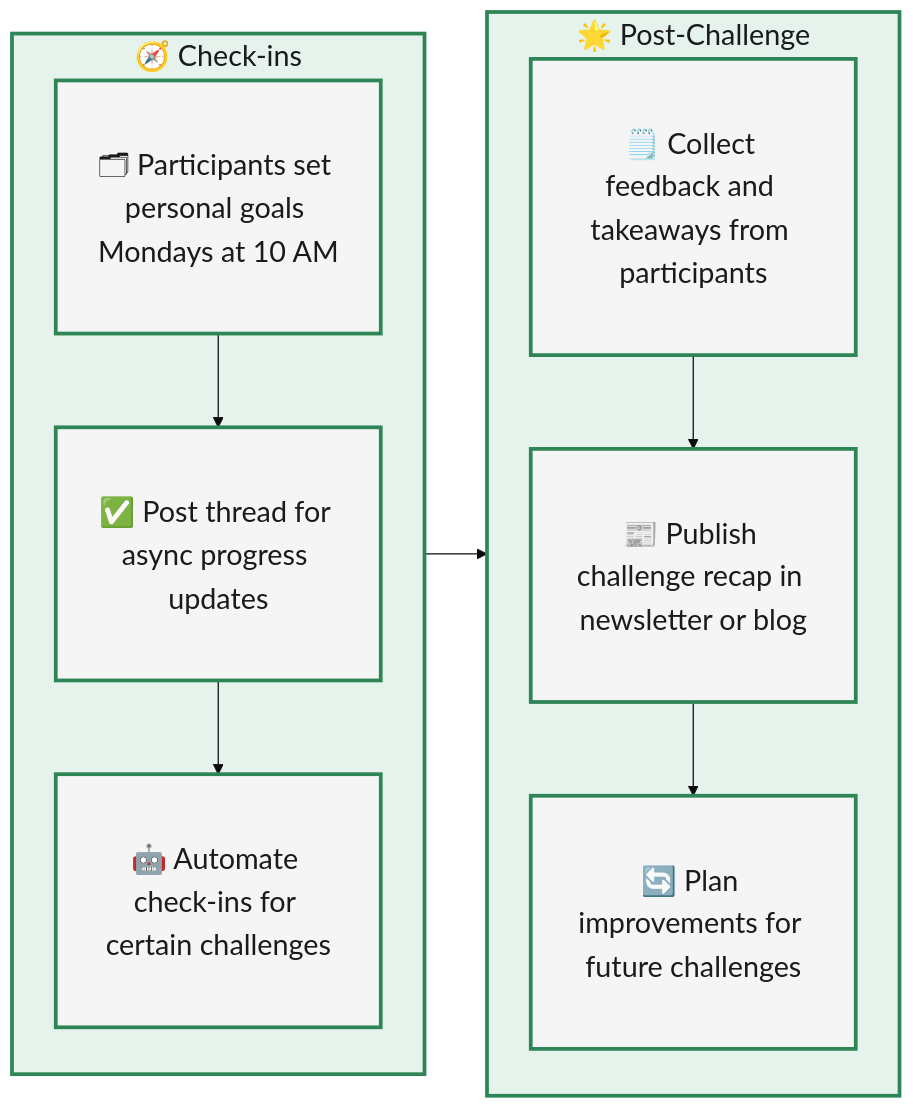
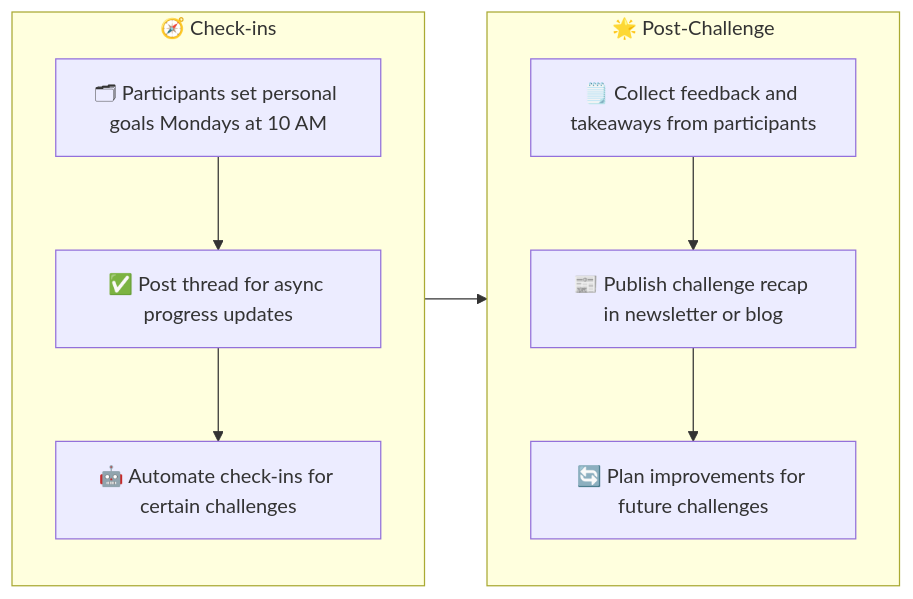
Before and after one commit to CBID2/VC-Community-Docs: the second of 2 diagrams in docs/monthly-challenges/facilitators-docs/facilitate-a-challenge.md, drawn with Mermaid. The commit also changed other lines of this file and 5 other files, not shown here.

First line of the commit message:
Restore React 19 and simplify Mermaid diagrams

````diff
--- a/docs/monthly-challenges/facilitators-docs/facilitate-a-challenge.md
+++ b/docs/monthly-challenges/facilitators-docs/facilitate-a-challenge.md
@@ -81,29 +65,14 @@
 ```mermaid
-%%{init: {'theme':'base', 'themeVariables': {'fontSize':'23px', 'fontFamily':'arial'}}}%%
 flowchart LR
-  %% Left Column - Check-Ins
   subgraph A["🧭 Check-ins"]
     direction TB
-    A1["🗂 Participants set personal goals Mondays at 10 AM"]
-    A2["✅ Post thread for async progress updates"]
-    A3["🤖 Automate check-ins for certain challenges"]
-    A1 --> A2 --> A3
+    A1["🗂 Participants set personal goals Mondays at 10 AM"] --> A2["✅ Post thread for async progress updates"] --> A3["🤖 Automate check-ins for certain challenges"]
   end
 
-  %% Right Column - Post-Challenge
   subgraph B["🌟 Post-Challenge"]
     direction TB
-    B1["🗒️ Collect feedback and takeaways from participants"]
-    B2["📰 Publish challenge recap in newsletter or blog"]
-    B3["🔄 Plan improvements for future challenges"]
-    B1 --> B2 --> B3
+    B1["🗒️ Collect feedback and takeaways from participants"] --> B2["📰 Publish challenge recap in newsletter or blog"] --> B3["🔄 Plan improvements for future challenges"]
   end
 
-  %% Flow between stages
   A3 --> B1
-
-  %% Styling
-  classDef default fill:#f5f5f5,stroke:#2e8555,stroke-width:3px,color:#1a1a1a,padding:15px;
-  classDef process fill:#e6f3ed,stroke:#2e8555,stroke-width:3px,color:#1a1a1a;
-  class A,B process;
 ```
````
